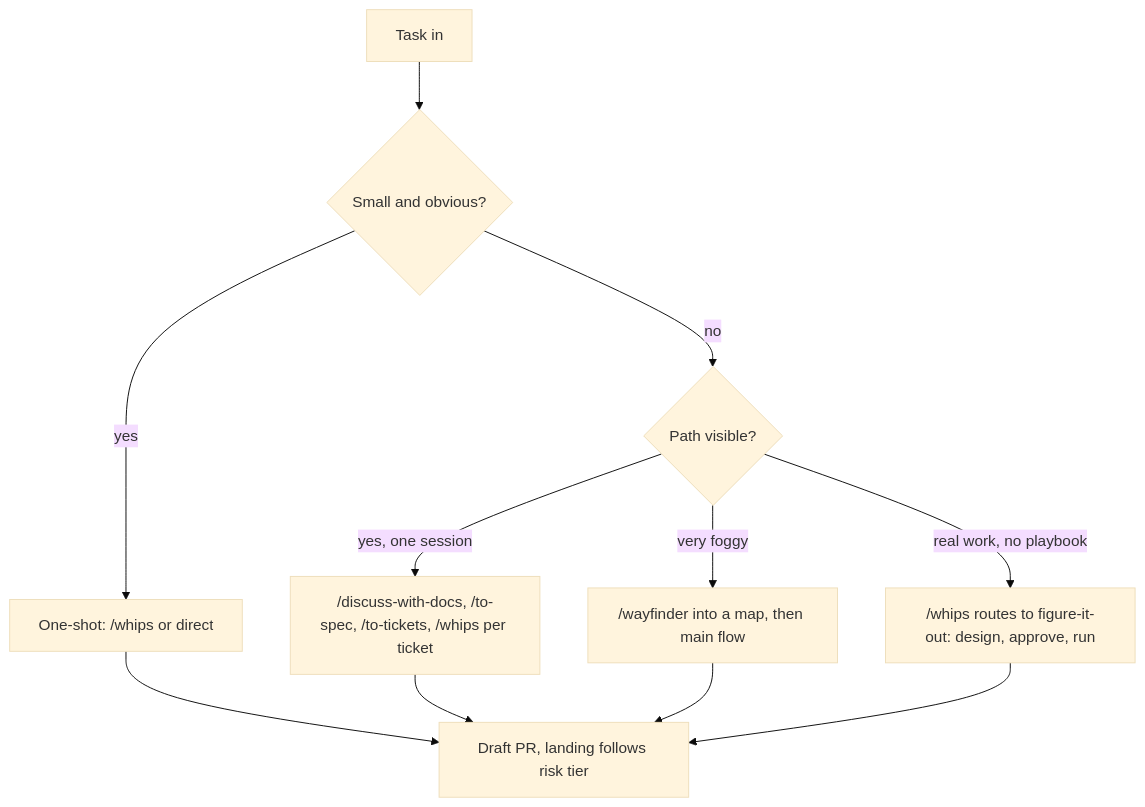
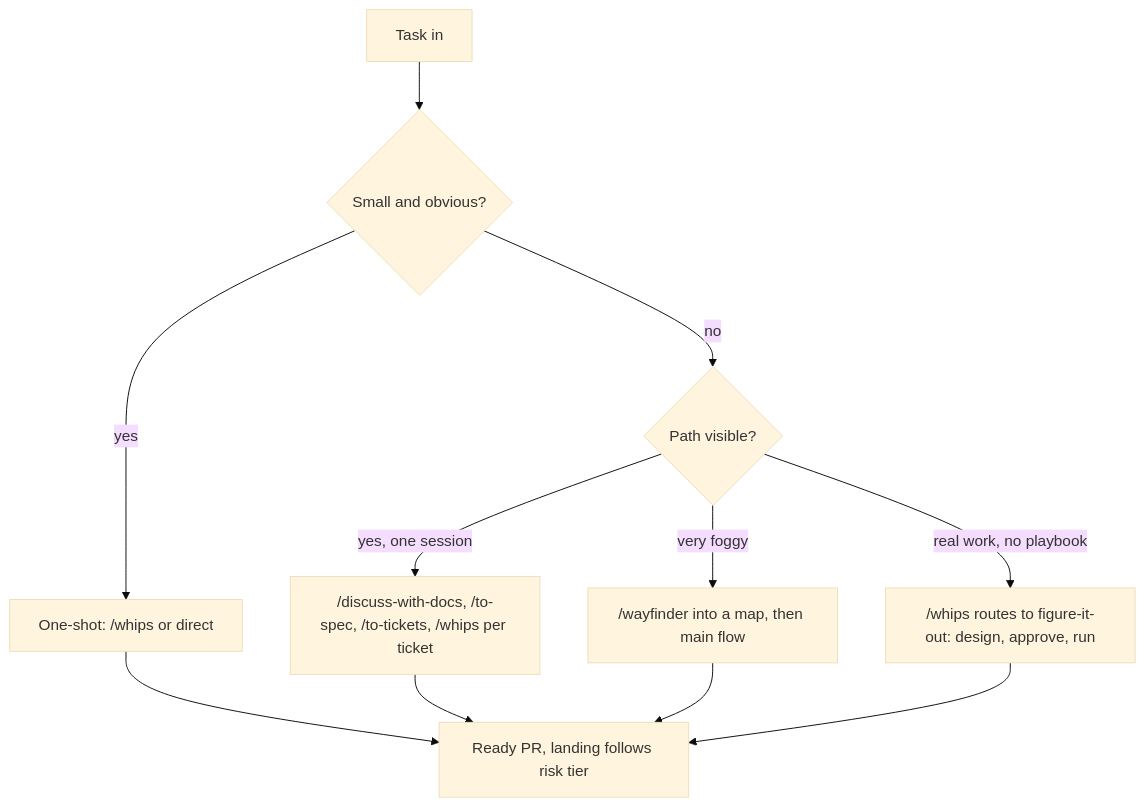
One commit to TudeOrangBiasa/skills-for-agents changed the first of 10 diagrams in skills/user-invoked/guide/COOKBOOK.md. Above: the diagram before and after it, drawn with Mermaid (base theme). The commit also changed other lines of this file and 17 other files, not shown here.

````diff
--- a/skills/user-invoked/guide/COOKBOOK.md
+++ b/skills/user-invoked/guide/COOKBOOK.md
@@ -13,13 +13,13 @@
 ```mermaid
 flowchart TD
     T["Task in"] --> Q1{"Small and obvious?"}
     Q1 -->|yes| ONE["One-shot: /whips or direct"]
     Q1 -->|no| Q2{"Path visible?"}
     Q2 -->|"yes, one session"| IDEA["/discuss-with-docs, /to-spec, /to-tickets, /whips per ticket"]
     Q2 -->|"very foggy"| WAY["/wayfinder into a map, then main flow"]
     Q2 -->|"real work, no playbook"| FIG["/whips routes to figure-it-out: design, approve, run"]
-    ONE --> PR["Draft PR, landing follows risk tier"]
+    ONE --> PR["Ready PR, landing follows risk tier"]
     IDEA --> PR
     WAY --> PR
     FIG --> PR
 ```
````
